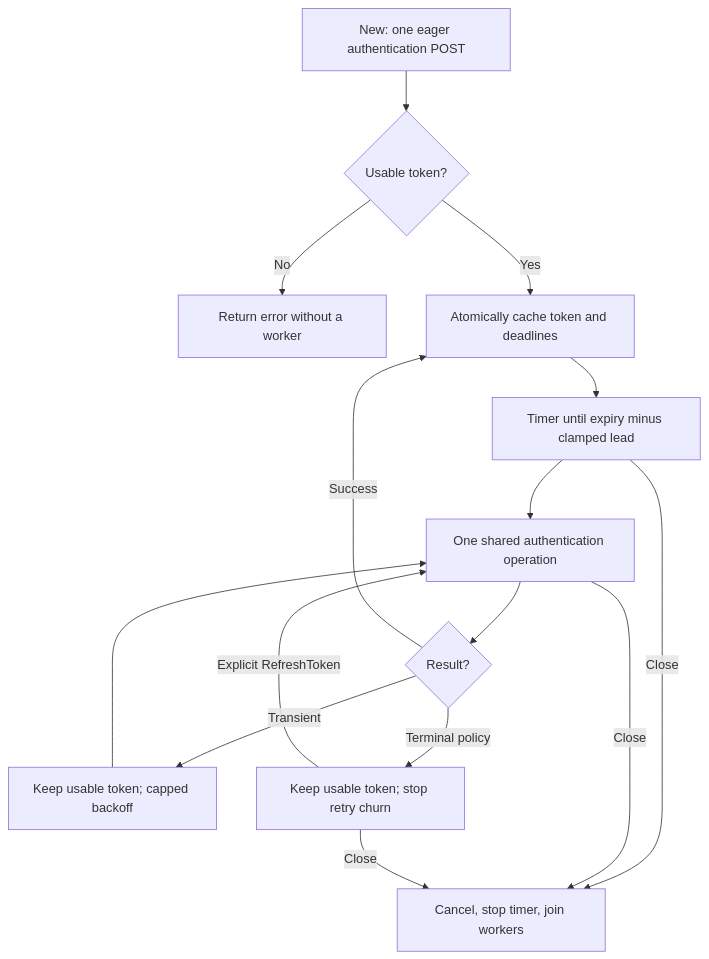
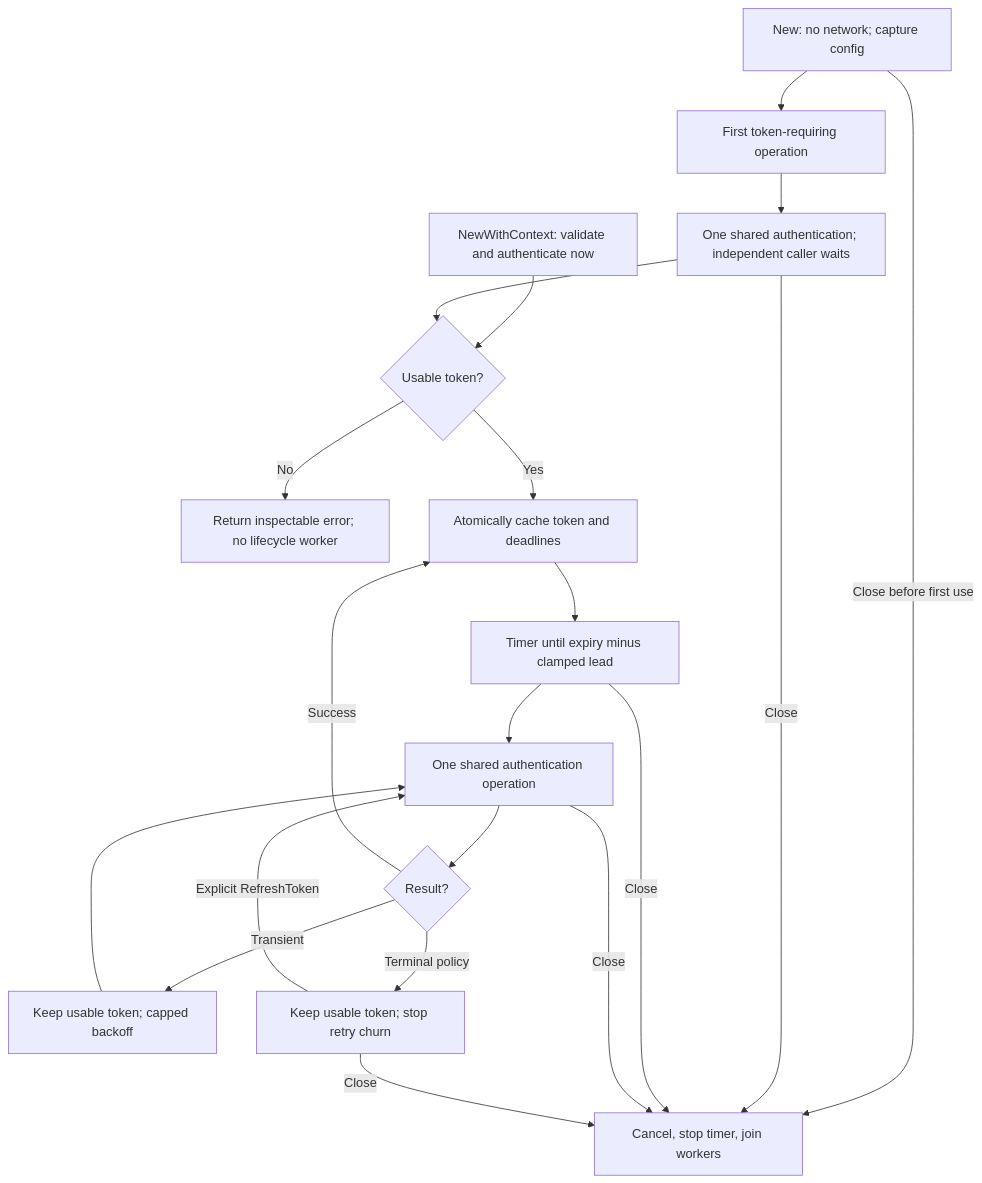
One commit to barlus-developer/golang-sdk-telbiz changed the diagram in docs/AUTHENTICATION.md. Above: the diagram before and after it, drawn with Mermaid. The commit also changed other lines of this file and 27 other files, not shown here.

````diff
--- a/docs/AUTHENTICATION.md
+++ b/docs/AUTHENTICATION.md
@@ -84,17 +103,22 @@
 ```mermaid
 flowchart TD
-    New["New: one eager authentication POST"] --> Valid{"Usable token?"}
-    Valid -->|No| Fail["Return error without a worker"]
+    New["New: no network; capture config"] --> First["First token-requiring operation"]
+    First --> SharedFirst["One shared authentication; independent caller waits"]
+    Eager["NewWithContext: validate and authenticate now"] --> Valid{"Usable token?"}
+    SharedFirst --> Valid
+    Valid -->|No| Fail["Return inspectable error; no lifecycle worker"]
     Valid -->|Yes| Ready["Atomically cache token and deadlines"]
     Ready --> Timer["Timer until expiry minus clamped lead"]
     Timer --> Shared["One shared authentication operation"]
     Shared --> Result{"Result?"}
     Result -->|Success| Ready
     Result -->|Transient| Backoff["Keep usable token; capped backoff"]
     Backoff --> Shared
     Result -->|Terminal policy| Halt["Keep usable token; stop retry churn"]
     Halt -->|Explicit RefreshToken| Shared
-    Timer -->|Close| Stop["Cancel, stop timer, join workers"]
+    New -->|Close before first use| Stop["Cancel, stop timer, join workers"]
+    SharedFirst -->|Close| Stop
+    Timer -->|Close| Stop
     Shared -->|Close| Stop
     Halt -->|Close| Stop
 ```
````
